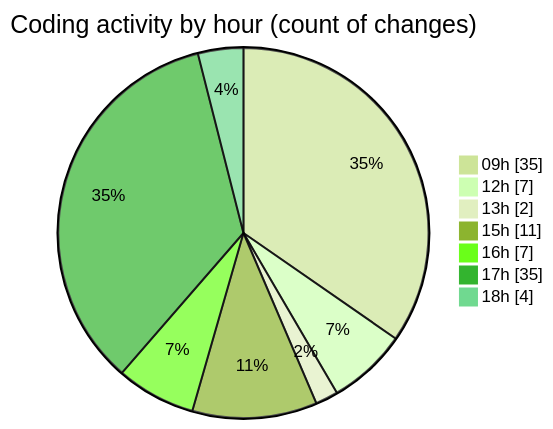
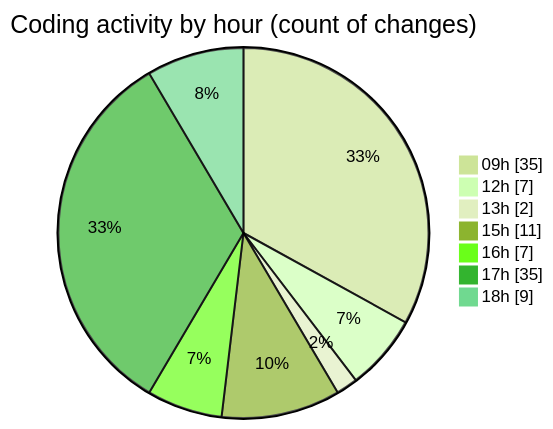
Before and after one commit to momahboobian/code-tracking: the second of 2 diagrams in 2026-06-11/cda/README.md, drawn with Mermaid (forest theme). The commit also changed other lines of this file and 1 other file, not shown here.

````diff
--- a/2026-06-11/cda/README.md
+++ b/2026-06-11/cda/README.md
@@ -70,11 +70,11 @@
 ```mermaid
 pie showData
 title Coding activity by hour (count of changes)
 "09h" : 35
 "12h" : 7
 "13h" : 2
 "15h" : 11
 "16h" : 7
 "17h" : 35
-"18h" : 4
+"18h" : 9
 ```
````
